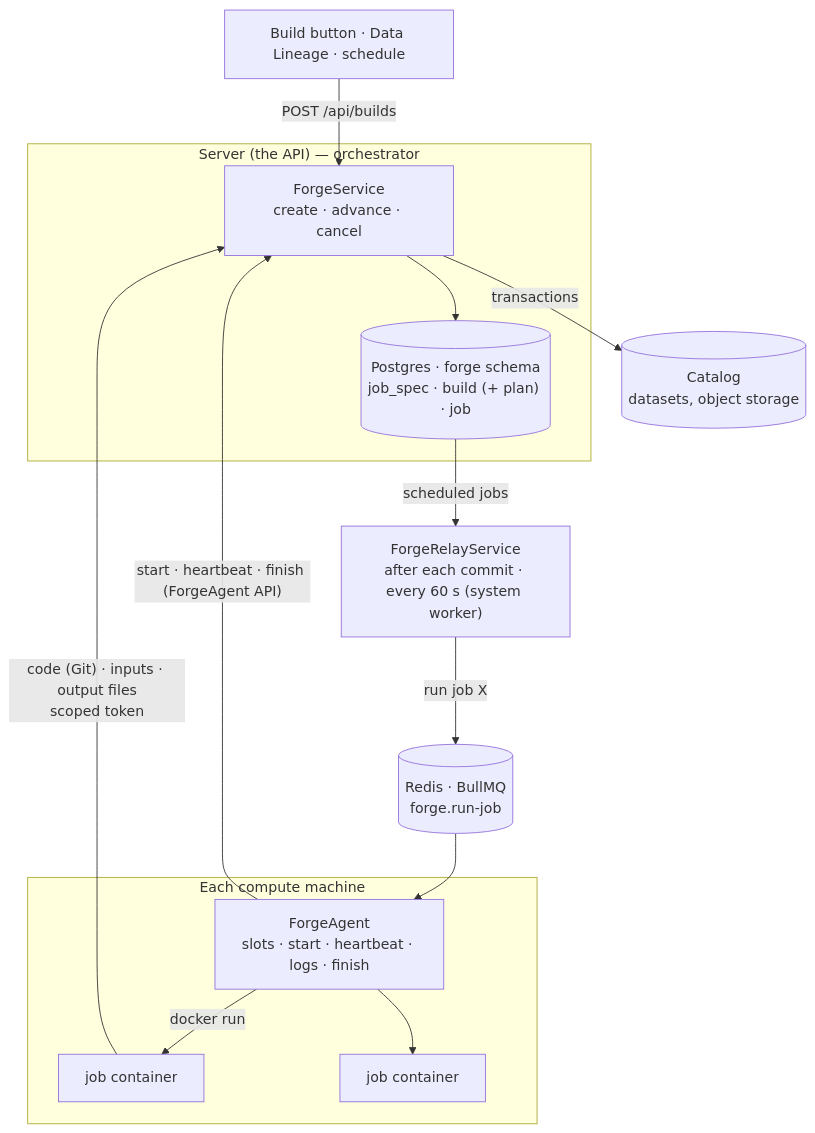
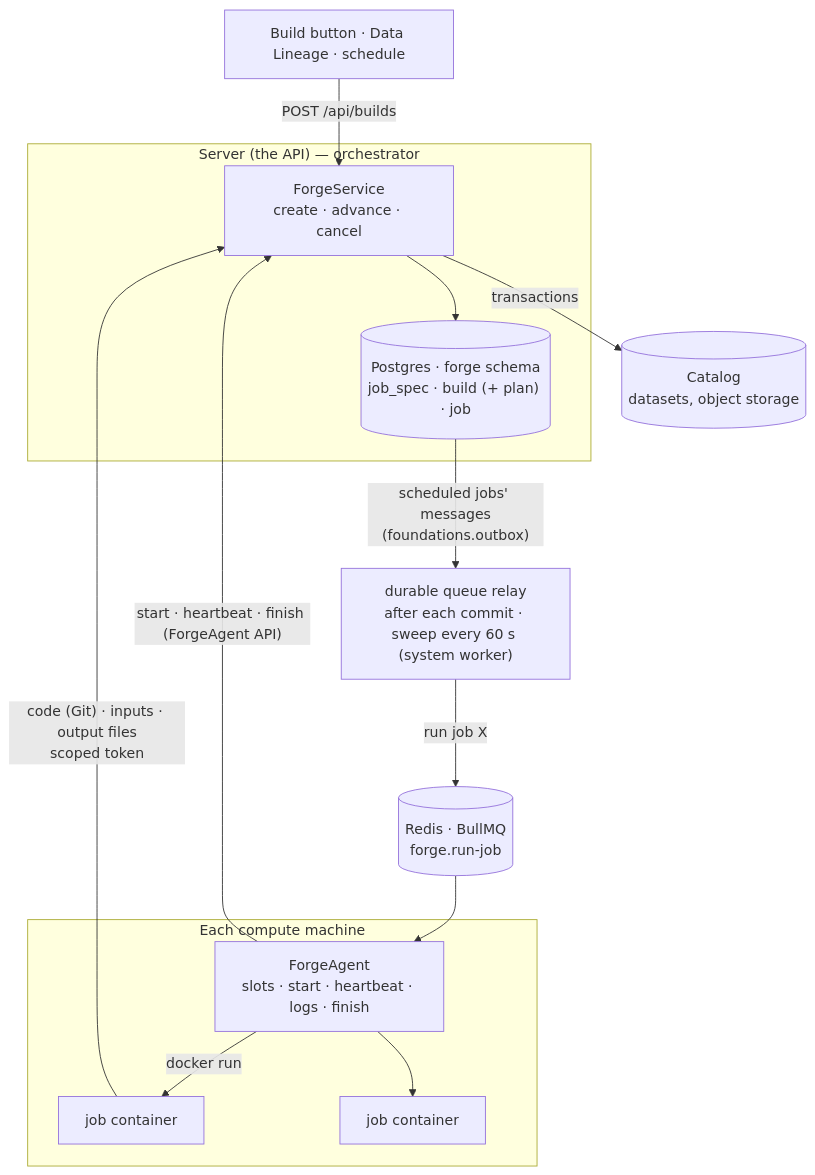
Before and after one commit to RolandTeslaru/Quarry: the first of 3 diagrams in docs/design/forge.md, drawn with Mermaid. The commit also changed other lines of this file and 64 other files, not shown here.

First line of the commit message:
refactor: replace ForgeRelayService with DurableQueues in ForgeHarness

````diff
--- a/docs/design/forge.md
+++ b/docs/design/forge.md
@@ -50,24 +47,24 @@
 ```mermaid
 flowchart TB
     trigger["Build button · Data Lineage · schedule"] -- "POST /api/builds" --> api
 
     subgraph server["Server (the API) — orchestrator"]
         api["ForgeService<br/>create · advance · cancel"]
         pg[("Postgres · forge schema<br/>job_spec · build (+ plan) · job")]
         api --> pg
     end
 
-    pg -- "scheduled jobs" --> relay["ForgeRelayService<br/>after each commit · every 60 s (system worker)"]
+    pg -- "scheduled jobs' messages<br/>(foundations.outbox)" --> relay["durable queue relay<br/>after each commit · sweep every 60 s (system worker)"]
     relay -- "run job X" --> redis[("Redis · BullMQ<br/>forge.run-job")]
     redis --> agent
 
     subgraph machine["Each compute machine"]
         agent["ForgeAgent<br/>slots · start · heartbeat · logs · finish"]
         agent -- "docker run" --> c1["job container"]
         agent --> c2["job container"]
     end
 
     agent -- "start · heartbeat · finish (ForgeAgent API)" --> api
     c1 -- "code (Git) · inputs · output files<br/>scoped token" --> api
     api -- "transactions" --> catalog[("Catalog<br/>datasets, object storage")]
 ```
````
